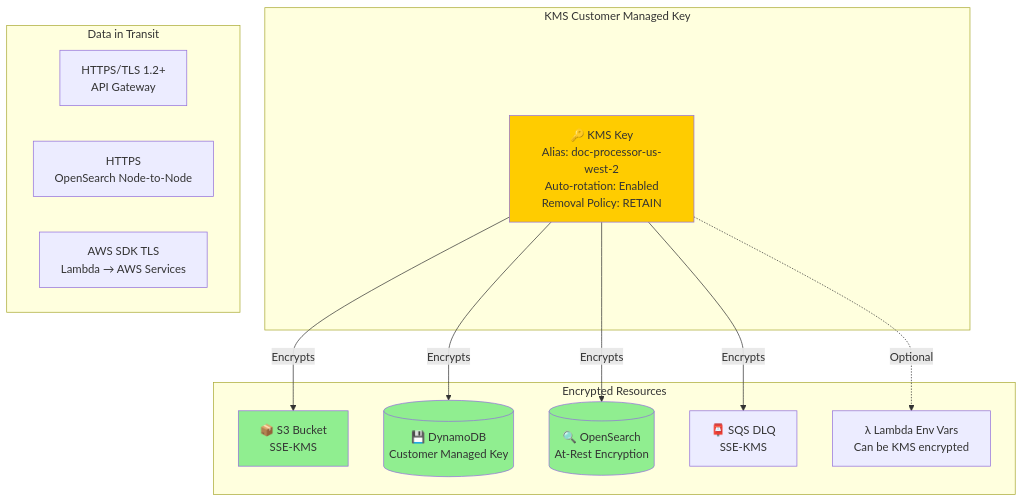
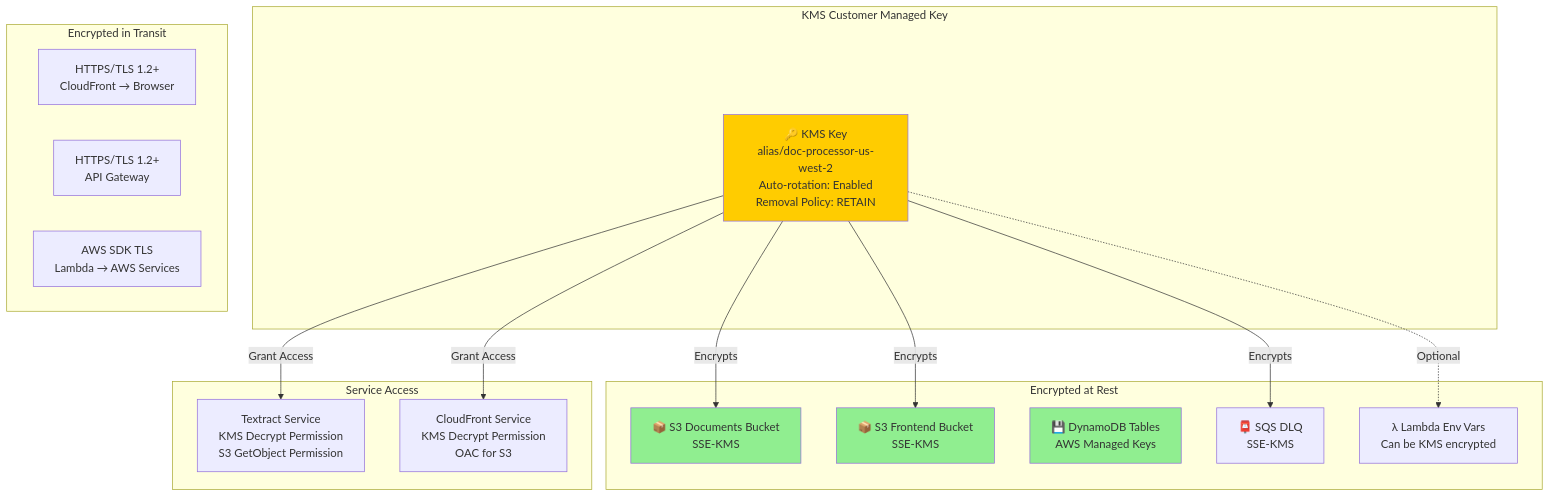
Before and after one commit to annabook21/IntelligentDoc_Processor: the ninth of 13 diagrams in ARCHITECTURE.md, drawn with Mermaid. The commit also changed other lines of this file and 5 other files, not shown here.

````diff
--- a/ARCHITECTURE.md
+++ b/ARCHITECTURE.md
@@ -528,31 +600,38 @@
 ```mermaid
 graph TB
     subgraph "KMS Customer Managed Key"
-        KMS[🔑 KMS Key<br/>Alias: doc-processor-us-west-2<br/>Auto-rotation: Enabled<br/>Removal Policy: RETAIN]
+        KMS[🔑 KMS Key<br/>alias/doc-processor-us-west-2<br/>Auto-rotation: Enabled<br/>Removal Policy: RETAIN]
     end
 
-    subgraph "Encrypted Resources"
-        S3[📦 S3 Bucket<br/>SSE-KMS]
-        DDB[(💾 DynamoDB<br/>Customer Managed Key)]
-        OpenSearch[(🔍 OpenSearch<br/>At-Rest Encryption)]
+    subgraph "Encrypted at Rest"
+        S3Docs[📦 S3 Documents Bucket<br/>SSE-KMS]
+        S3Frontend[📦 S3 Frontend Bucket<br/>SSE-KMS]
+        DDB[💾 DynamoDB Tables<br/>AWS Managed Keys]
         SQS[📮 SQS DLQ<br/>SSE-KMS]
         Lambda[λ Lambda Env Vars<br/>Can be KMS encrypted]
     end
 
-    subgraph "Data in Transit"
-        TLS1[HTTPS/TLS 1.2+<br/>API Gateway]
-        TLS2[HTTPS<br/>OpenSearch Node-to-Node]
+    subgraph "Encrypted in Transit"
+        TLS1[HTTPS/TLS 1.2+<br/>CloudFront → Browser]
+        TLS2[HTTPS/TLS 1.2+<br/>API Gateway]
         TLS3[AWS SDK TLS<br/>Lambda → AWS Services]
     end
 
-    KMS -->|Encrypts| S3
-    KMS -->|Encrypts| DDB
-    KMS -->|Encrypts| OpenSearch
+    subgraph "Service Access"
+        Textract_Access[Textract Service<br/>KMS Decrypt Permission<br/>S3 GetObject Permission]
+        CF_Access[CloudFront Service<br/>KMS Decrypt Permission<br/>OAC for S3]
+    end
+
+    KMS -->|Encrypts| S3Docs
+    KMS -->|Encrypts| S3Frontend
     KMS -->|Encrypts| SQS
     KMS -.->|Optional| Lambda
 
+    KMS -->|Grant Access| Textract_Access
+    KMS -->|Grant Access| CF_Access
+
     style KMS fill:#ffcc00
-    style S3 fill:#90EE90
+    style S3Docs fill:#90EE90
+    style S3Frontend fill:#90EE90
     style DDB fill:#90EE90
-    style OpenSearch fill:#90EE90
 ```
````
